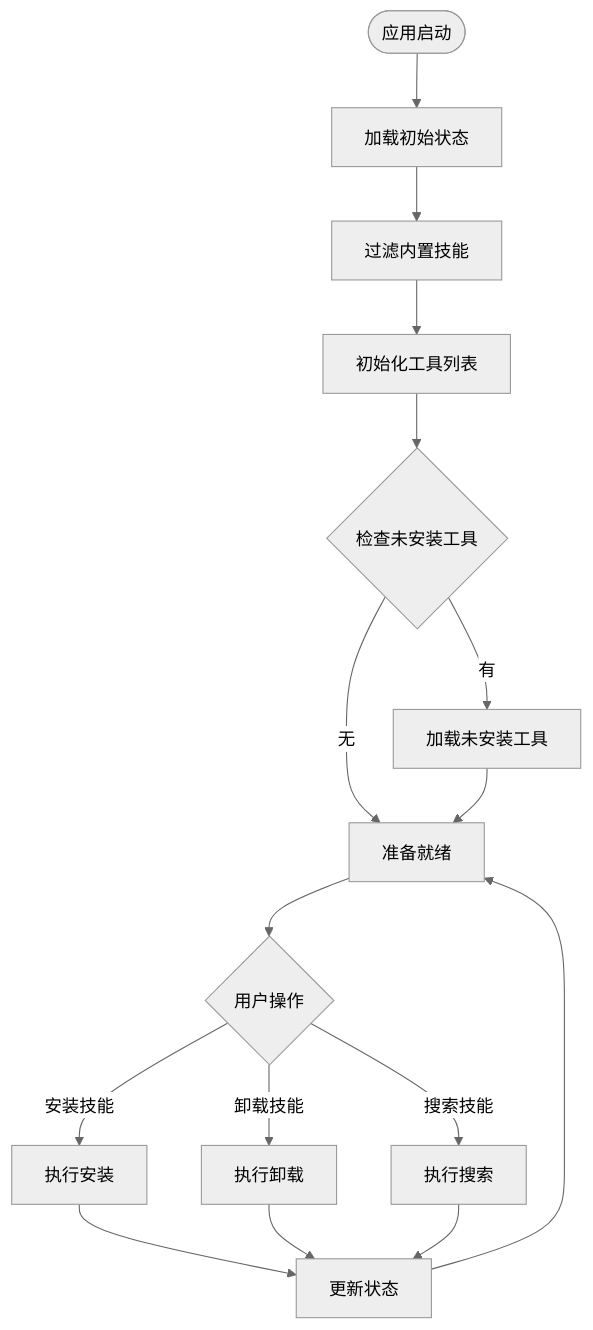
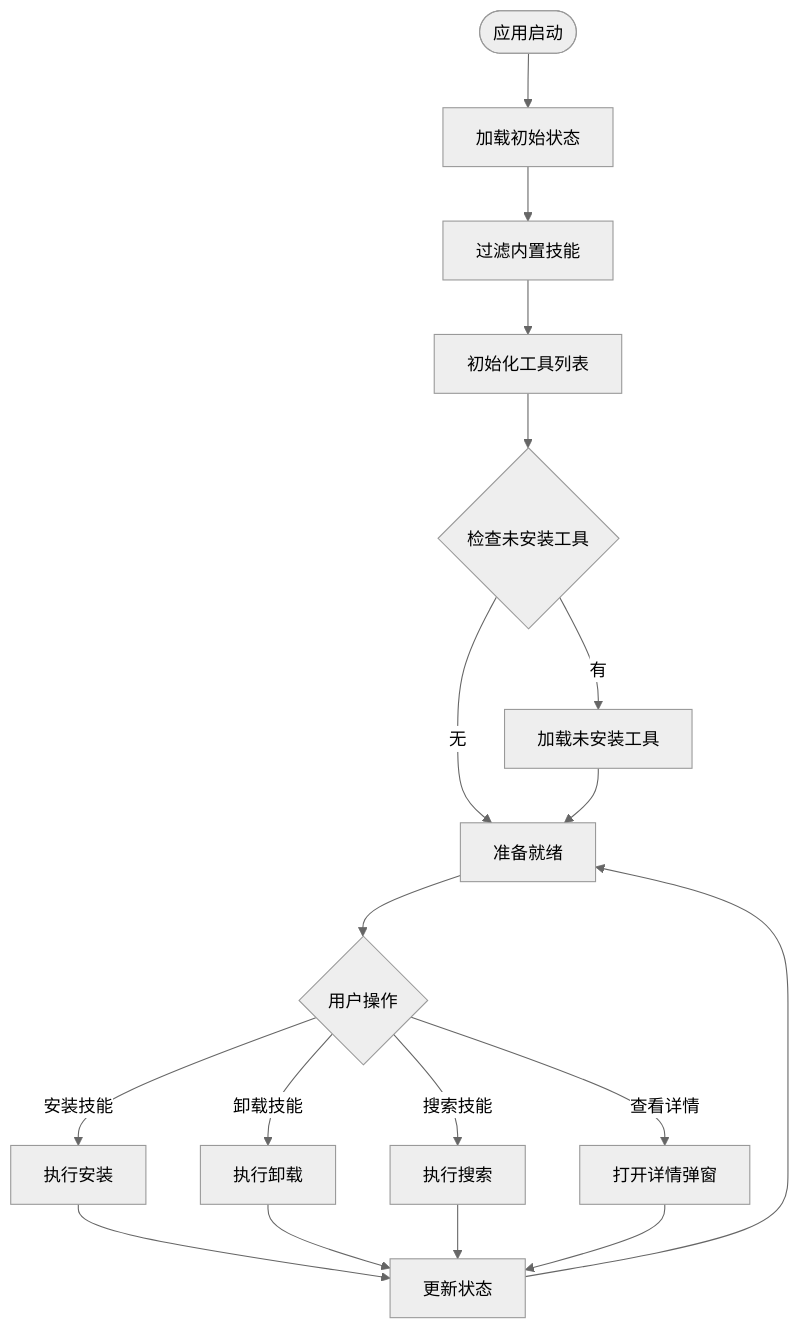
The fifth of 10 diagrams in .qoder/repowiki/zh/content/核心功能模块/技能市场系统/技能市场系统.md (AvatoLabs/avato), drawn with Mermaid (neutral theme) before and after one commit. The commit also changed other lines of this file and 7 other files, not shown here.

````diff
--- a/.qoder/repowiki/zh/content/核心功能模块/技能市场系统/技能市场系统.md
+++ b/.qoder/repowiki/zh/content/核心功能模块/技能市场系统/技能市场系统.md
@@ -241,18 +308,20 @@
 ```mermaid
 flowchart TD
 Start([应用启动]) --> LoadInitial[加载初始状态]
 LoadInitial --> FilterSkills[过滤内置技能]
 FilterSkills --> InitTools[初始化工具列表]
 InitTools --> CheckUninstalled{检查未安装工具}
 CheckUninstalled --> |有| LoadUninstalled[加载未安装工具]
 CheckUninstalled --> |无| Ready[准备就绪]
 LoadUninstalled --> Ready
 Ready --> UserAction{用户操作}
 UserAction --> |安装技能| InstallSkill[执行安装]
 UserAction --> |卸载技能| UninstallSkill[执行卸载]
 UserAction --> |搜索技能| SearchSkill[执行搜索]
+UserAction --> |查看详情| OpenDetail[打开详情弹窗]
 InstallSkill --> UpdateState[更新状态]
 UninstallSkill --> UpdateState
 SearchSkill --> UpdateState
+OpenDetail --> UpdateState
 UpdateState --> Ready
 ```
````
